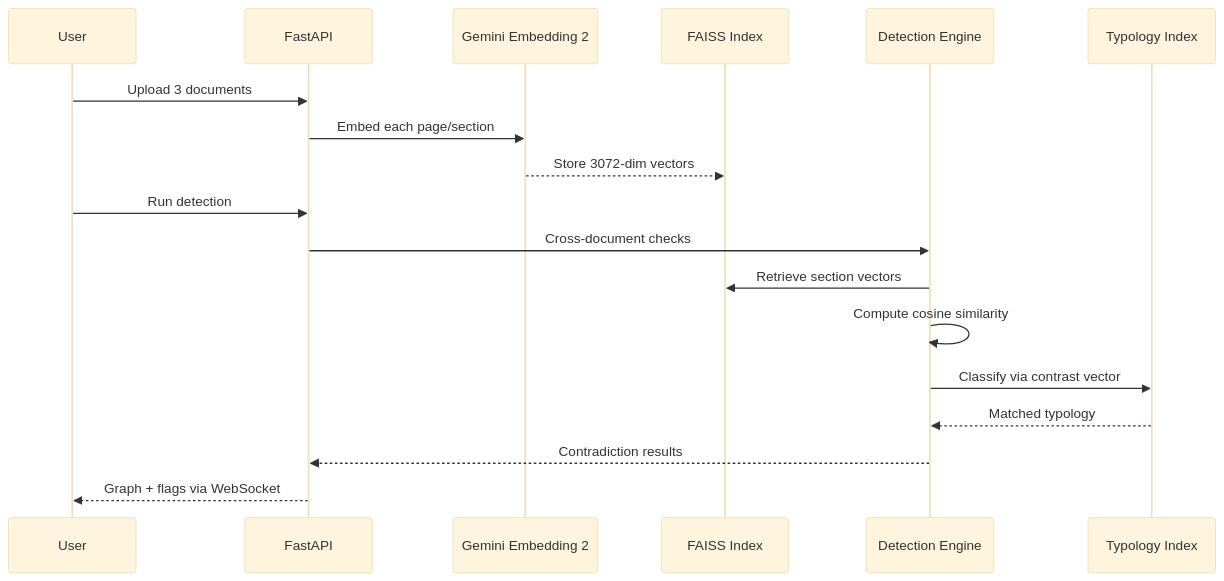
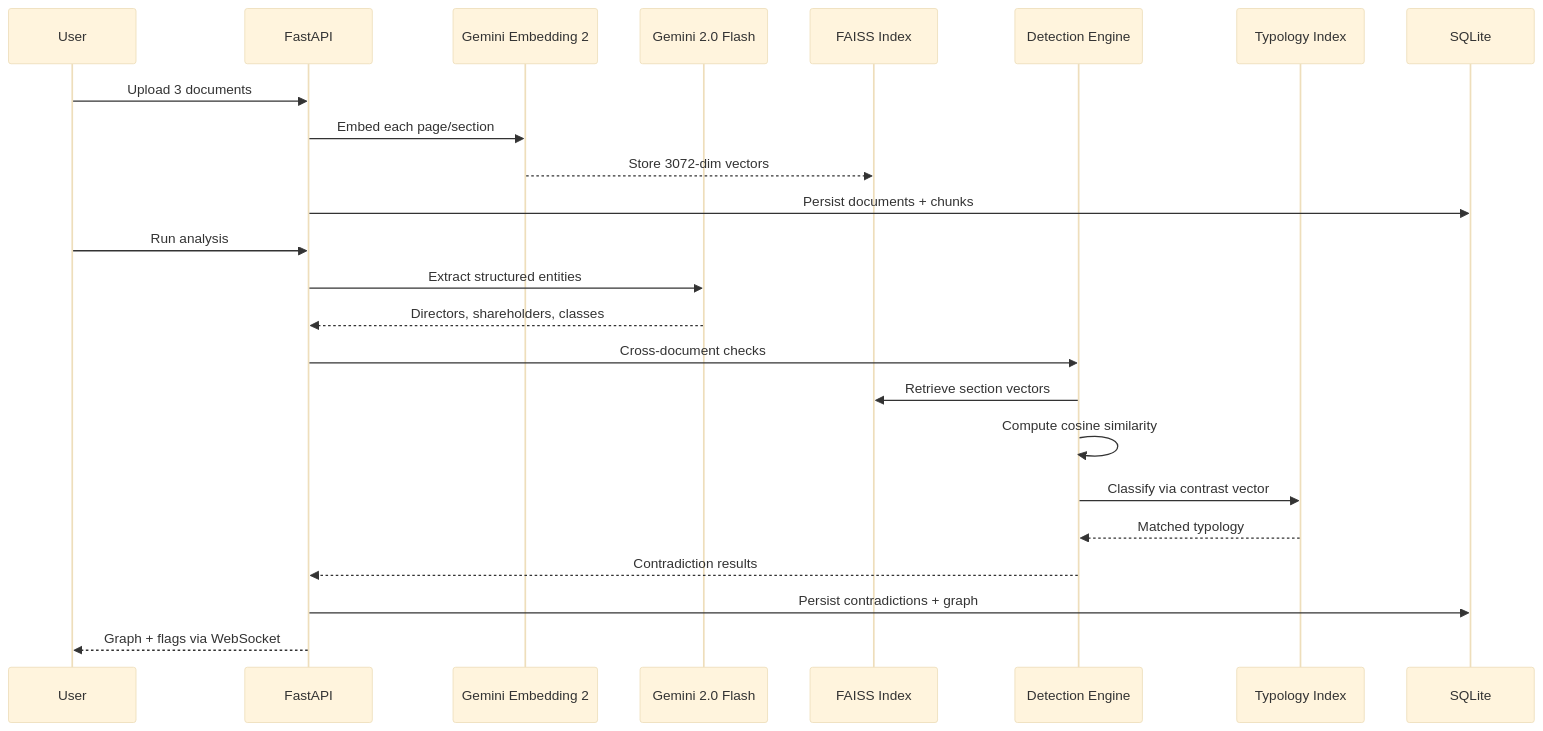
One commit to JohnJohnW/stratum changed the second of 4 diagrams in README.md. Above: the diagram before and after it, drawn with Mermaid (base theme). The commit also changed other lines of this file and 14 other files, not shown here.

````diff
--- a/README.md
+++ b/README.md
@@ -71,22 +83,28 @@
 ```mermaid
 sequenceDiagram
     participant U as User
     participant API as FastAPI
     participant EMB as Gemini Embedding 2
+    participant EXT as Gemini 2.0 Flash
     participant IDX as FAISS Index
     participant DET as Detection Engine
     participant TYP as Typology Index
+    participant DB as SQLite
 
     U->>API: Upload 3 documents
     API->>EMB: Embed each page/section
     EMB-->>IDX: Store 3072-dim vectors
+    API->>DB: Persist documents + chunks
 
-    U->>API: Run detection
+    U->>API: Run analysis
+    API->>EXT: Extract structured entities
+    EXT-->>API: Directors, shareholders, classes
     API->>DET: Cross-document checks
     DET->>IDX: Retrieve section vectors
     DET->>DET: Compute cosine similarity
     DET->>TYP: Classify via contrast vector
     TYP-->>DET: Matched typology
     DET-->>API: Contradiction results
+    API->>DB: Persist contradictions + graph
     API-->>U: Graph + flags via WebSocket
 ```
````
